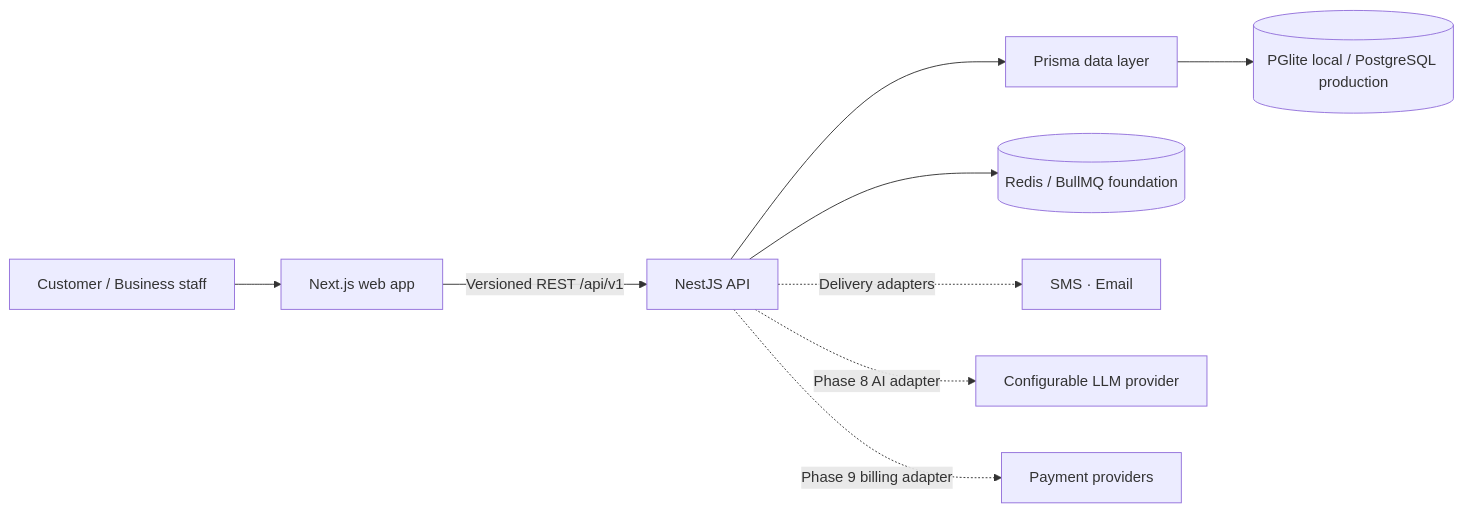
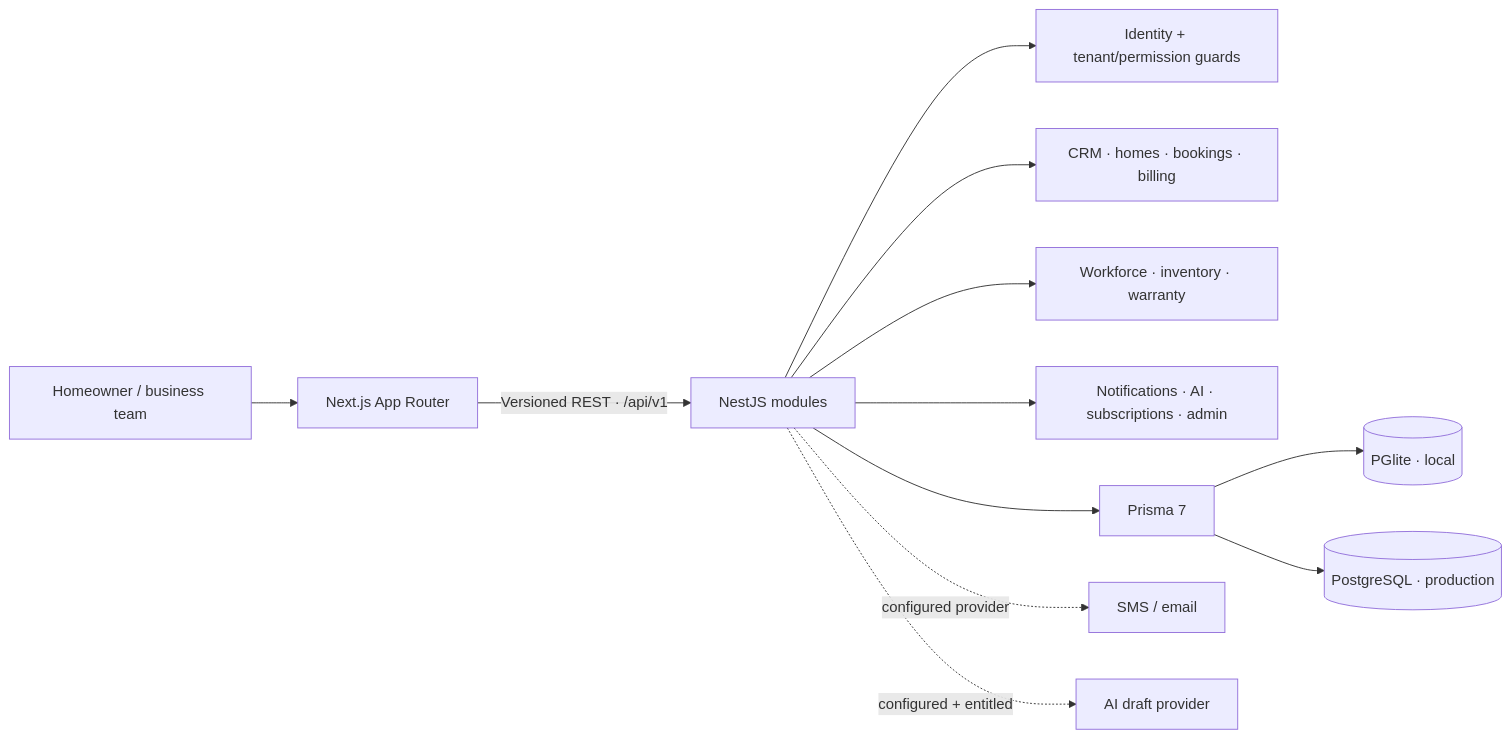
The diagram in README.md (haroondhanyal/Gharsync-Web), drawn with Mermaid before and after one commit. The commit also changed other lines of this file and 66 other files, not shown here.

````diff
--- a/README.md
+++ b/README.md
@@ -31,11 +58,14 @@
 ```mermaid
 flowchart LR
-  Customer[Customer / Business staff] --> Web[Next.js web app]
-  Web -->|Versioned REST /api/v1| API[NestJS API]
-  API --> Prisma[Prisma data layer]
-  Prisma --> PG[(PGlite local / PostgreSQL production)]
-  API --> Redis[(Redis / BullMQ foundation)]
-  API -. Delivery adapters .-> Providers[SMS · Email]
-  API -. Phase 8 AI adapter .-> LLM[Configurable LLM provider]
-  API -. Phase 9 billing adapter .-> Payments[Payment providers]
+  Customer[Homeowner / business team] --> Web[Next.js App Router]
+  Web -->|Versioned REST · /api/v1| API[NestJS modules]
+  API --> Auth[Identity + tenant/permission guards]
+  API --> Workflows[CRM · homes · bookings · billing]
+  API --> Ops[Workforce · inventory · warranty]
+  API --> Extend[Notifications · AI · subscriptions · admin]
+  API --> Prisma[Prisma 7]
+  Prisma --> Local[(PGlite · local)]
+  Prisma --> Hosted[(PostgreSQL · production)]
+  API -. configured provider .-> Messages[SMS / email]
+  API -. configured + entitled .-> AI[AI draft provider]
 ```
````
